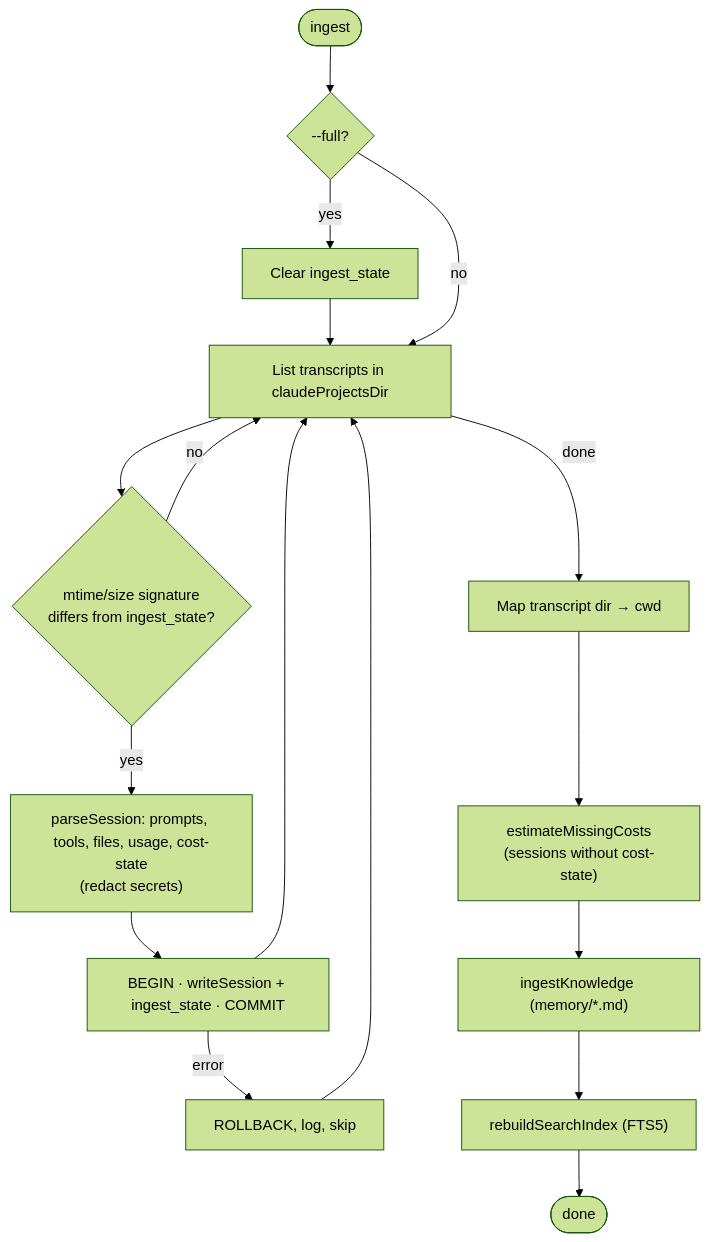
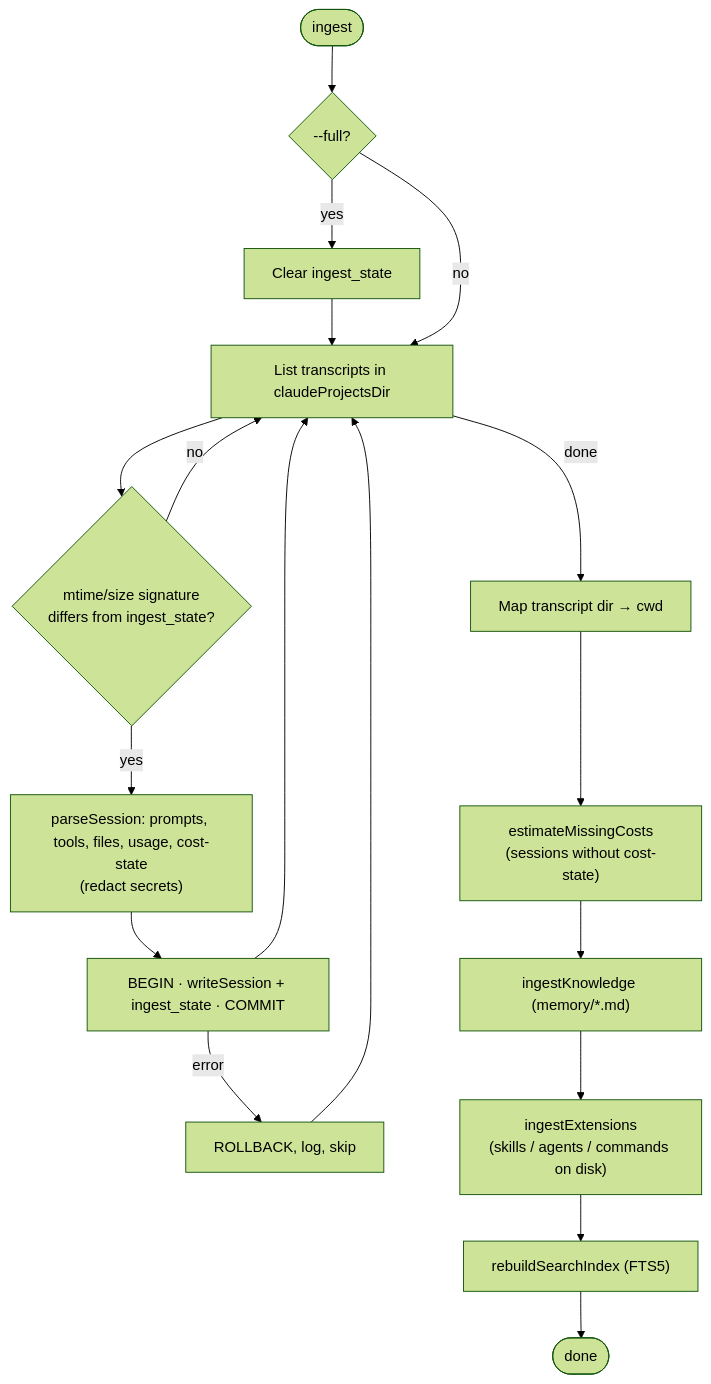
One commit to hienct-fpt/personal-brain changed the second of 5 diagrams in docs/PLAN.md. Above: the diagram before and after it, drawn with Mermaid (forest theme). The commit also changed other lines of this file and 25 other files, not shown here.

First line of the commit message:
Add skills/agents/commands inventory and a starter kit (brain kit)

````diff
--- a/docs/PLAN.md
+++ b/docs/PLAN.md
@@ -56,17 +56,18 @@
 ```mermaid
 flowchart TD
   A([ingest]) --> B{"--full?"}
   B -- yes --> B1["Clear ingest_state"] --> C
   B -- no --> C["List transcripts in claudeProjectsDir"]
   C --> D{"mtime/size signature<br/>differs from ingest_state?"}
   D -- no --> C
   D -- yes --> E["parseSession: prompts, tools, files, usage, cost-state<br/>(redact secrets)"]
   E --> F["BEGIN · writeSession + ingest_state · COMMIT"]
   F -- error --> F1["ROLLBACK, log, skip"] --> C
   F --> C
   C -- done --> G["Map transcript dir → cwd"]
   G --> H["estimateMissingCosts<br/>(sessions without cost-state)"]
   H --> K["ingestKnowledge (memory/*.md)"]
-  K --> R["rebuildSearchIndex (FTS5)"]
+  K --> X["ingestExtensions<br/>(skills / agents / commands on disk)"]
+  X --> R["rebuildSearchIndex (FTS5)"]
   R --> Z([done])
 ```
````
